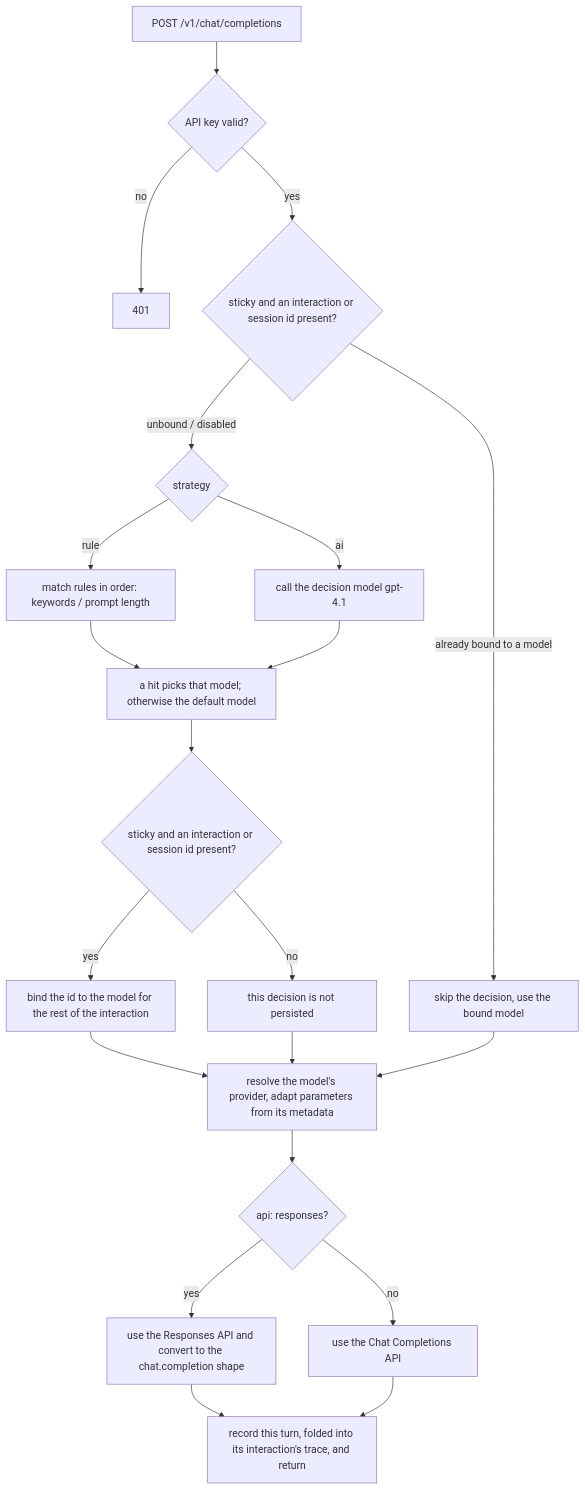
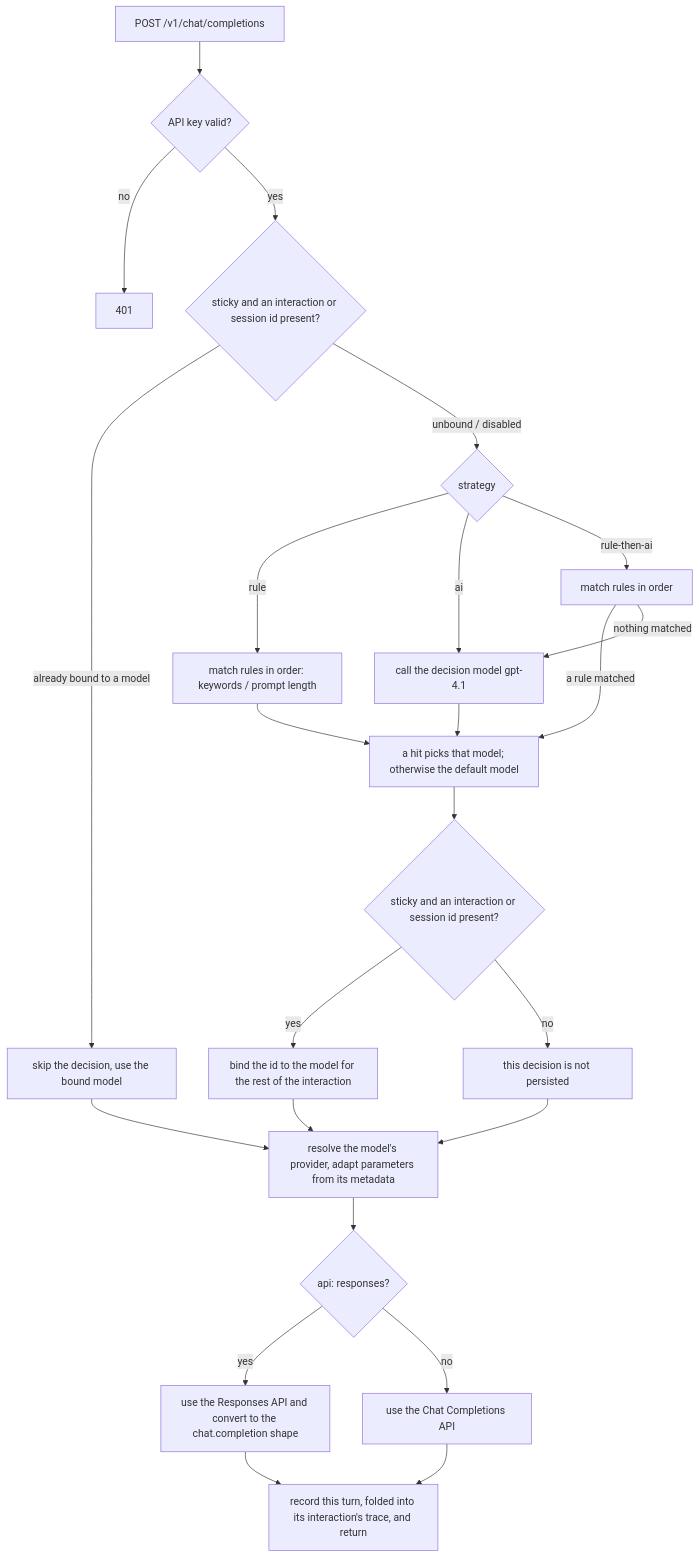
Before and after one commit to satomic/model-router: the diagram in docs/router-logic.md, drawn with Mermaid. The commit also changed other lines of this file and 21 other files, not shown here.

First line of the commit message:
feat: implement rule-then-ai strategy for routing

````diff
--- a/docs/router-logic.md
+++ b/docs/router-logic.md
@@ -6,23 +6,26 @@
 ```mermaid
 flowchart TD
     A[POST /v1/chat/completions] --> A0{API key valid?}
     A0 -- no --> A1[401]
     A0 -- yes --> B{sticky and an interaction or session id present?}
     B -- already bound to a model --> Z[skip the decision, use the bound model]
     B -- unbound / disabled --> C{strategy}
     C -- rule --> D[match rules in order: keywords / prompt length]
     C -- ai --> E[call the decision model gpt-4.1]
+    C -- rule-then-ai --> R[match rules in order]
+    R -- a rule matched --> F
+    R -- nothing matched --> E
     D --> F[a hit picks that model; otherwise the default model]
     E --> F
     F --> G{sticky and an interaction or session id present?}
     G -- yes --> H[bind the id to the model for the rest of the interaction]
     G -- no --> I[this decision is not persisted]
     H --> J[resolve the model's provider, adapt parameters from its metadata]
     I --> J
     Z --> J
     J --> K{api: responses?}
     K -- yes --> L[use the Responses API and convert to the chat.completion shape]
     K -- no --> M[use the Chat Completions API]
     L --> N[record this turn, folded into its interaction's trace, and return]
     M --> N
 ```
````
